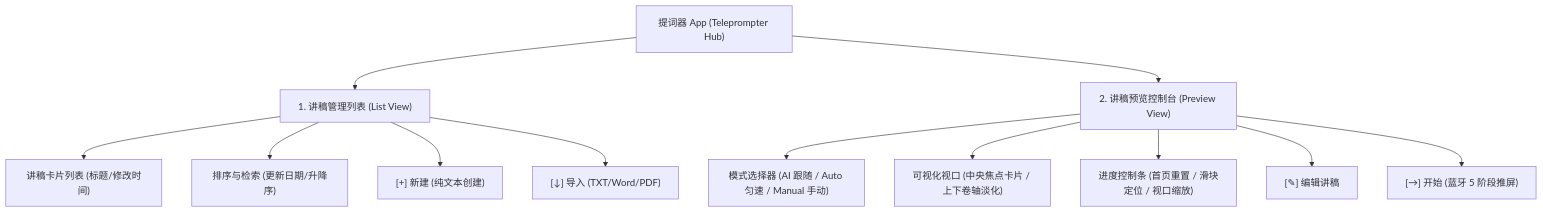
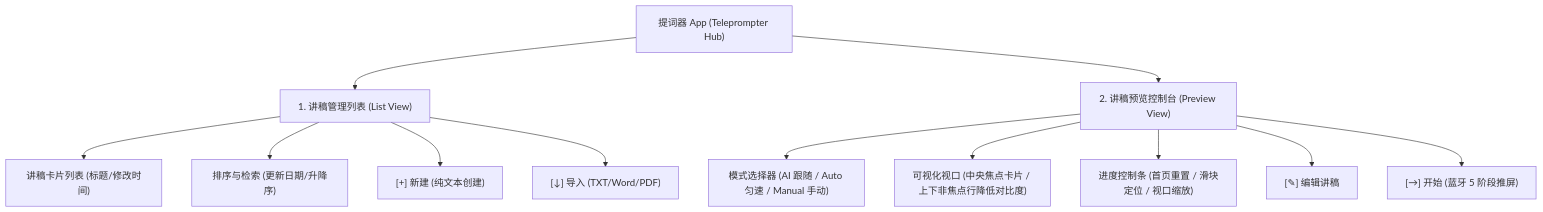
The diagram in docs/requirements_spec.md (havvk/even-g2-smart-classroom), drawn with Mermaid before and after one commit. The commit also changed other lines of this file and 7 other files, not shown here.

````diff
--- a/docs/requirements_spec.md
+++ b/docs/requirements_spec.md
@@ -43,16 +43,16 @@
 ```mermaid
 graph TD
     A["提词器 App (Teleprompter Hub)"] --> B["1. 讲稿管理列表 (List View)"]
     A --> C["2. 讲稿预览控制台 (Preview View)"]
     
     B --> B1["讲稿卡片列表 (标题/修改时间)"]
     B --> B2["排序与检索 (更新日期/升降序)"]
     B --> B3["[+] 新建 (纯文本创建)"]
     B --> B4["[↓] 导入 (TXT/Word/PDF)"]
     
     C --> C1["模式选择器 (AI 跟随 / Auto 匀速 / Manual 手动)"]
-    C --> C2["可视化视口 (中央焦点卡片 / 上下卷轴淡化)"]
+    C --> C2["可视化视口 (中央焦点卡片 / 上下非焦点行降低对比度)"]
     C --> C3["进度控制条 (首页重置 / 滑块定位 / 视口缩放)"]
     C --> C4["[✎] 编辑讲稿"]
     C --> C5["[→] 开始 (蓝牙 5 阶段推屏)"]
 ```
````
